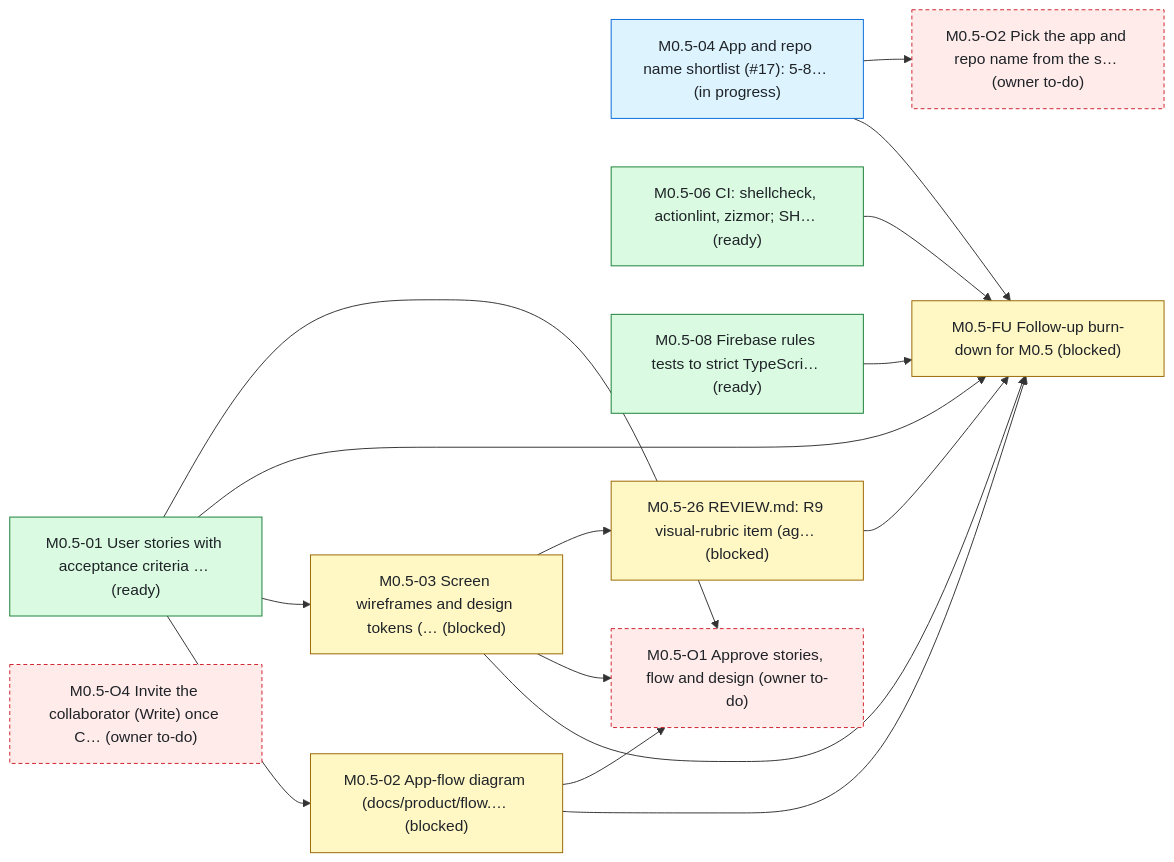
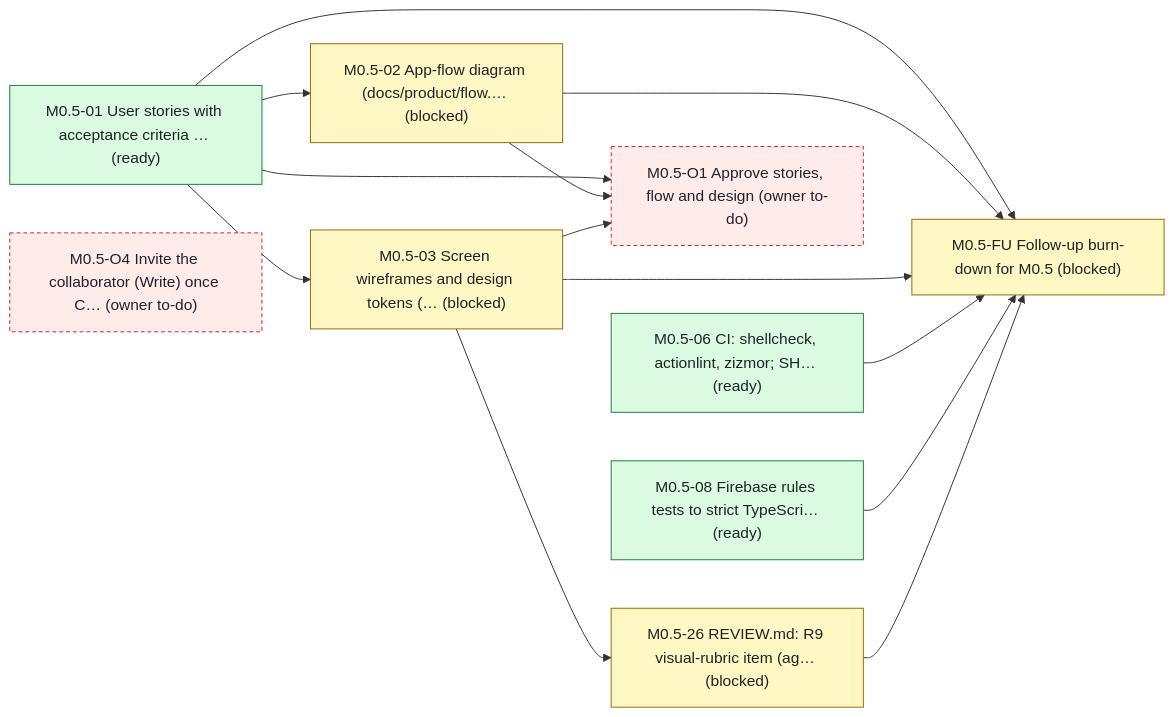
Before and after one commit to bondo/listicles2: the first of 2 diagrams in status.md, drawn with Mermaid. The commit also changed other lines of this file and 2 other files, not shown here.

Commit message:
status: update

````diff
--- a/status.md
+++ b/status.md
@@ -108,33 +108,29 @@
 ```mermaid
 flowchart LR
     n0["M0.5-01 User stories with acceptance criteria … (ready)"]:::ready
     n1["M0.5-02 App-flow diagram (docs/product/flow.… (blocked)"]:::blocked
     n2["M0.5-03 Screen wireframes and design tokens (… (blocked)"]:::blocked
-    n3["M0.5-04 App and repo name shortlist (#35;17): 5-8… (in progress)"]:::progress
-    n4["M0.5-06 CI: shellcheck, actionlint, zizmor#59; SH… (ready)"]:::ready
-    n5["M0.5-08 Firebase rules tests to strict TypeScri… (ready)"]:::ready
-    n6["M0.5-FU Follow-up burn-down for M0.5 (blocked)"]:::blocked
-    n7["M0.5-O1 Approve stories, flow and design (owner to-do)"]:::owner
-    n8["M0.5-O2 Pick the app and repo name from the s… (owner to-do)"]:::owner
-    n9["M0.5-26 REVIEW.md: R9 visual-rubric item (ag… (blocked)"]:::blocked
-    n10["M0.5-O4 Invite the collaborator (Write) once C… (owner to-do)"]:::owner
+    n3["M0.5-06 CI: shellcheck, actionlint, zizmor#59; SH… (ready)"]:::ready
+    n4["M0.5-08 Firebase rules tests to strict TypeScri… (ready)"]:::ready
+    n5["M0.5-FU Follow-up burn-down for M0.5 (blocked)"]:::blocked
+    n6["M0.5-O1 Approve stories, flow and design (owner to-do)"]:::owner
+    n7["M0.5-26 REVIEW.md: R9 visual-rubric item (ag… (blocked)"]:::blocked
+    n8["M0.5-O4 Invite the collaborator (Write) once C… (owner to-do)"]:::owner
     n0 --> n1
     n0 --> n2
+    n0 --> n5
+    n1 --> n5
+    n2 --> n5
+    n3 --> n5
+    n4 --> n5
+    n7 --> n5
     n0 --> n6
     n1 --> n6
     n2 --> n6
-    n3 --> n6
-    n4 --> n6
-    n5 --> n6
-    n9 --> n6
-    n0 --> n7
-    n1 --> n7
     n2 --> n7
-    n3 --> n8
-    n2 --> n9
     classDef ready fill:#dafbe1,stroke:#1a7f37,color:#1f2328
     classDef progress fill:#ddf4ff,stroke:#0969da,color:#1f2328
     classDef blocked fill:#fff8c5,stroke:#9a6700,color:#1f2328
     classDef owner fill:#ffebe9,stroke:#cf222e,color:#1f2328,stroke-dasharray:4 3
     classDef ext fill:#eaeef2,stroke:#59636e,color:#1f2328,stroke-dasharray:2 2
 ```
````
